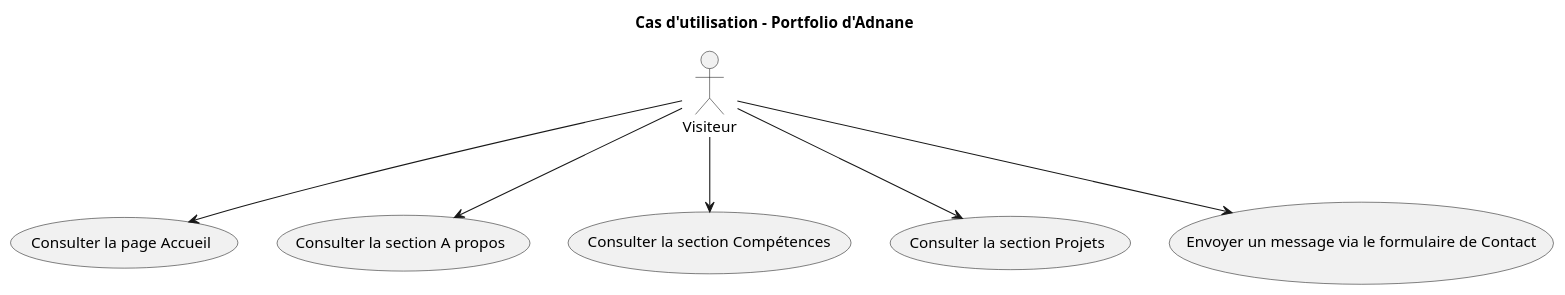
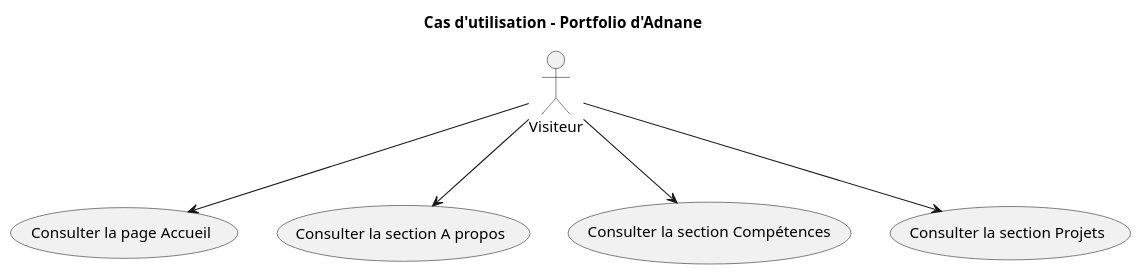
One commit to Adnane-x87/portfolio changed the diagram in diagramme.puml. Above: the diagram before and after it, drawn with PlantUML. The commit also changed 3 other files, not shown here.

```diff
--- a/diagramme.puml
+++ b/diagramme.puml
@@ -1,14 +1,12 @@
 @startuml
 title Cas d'utilisation - Portfolio d'Adnane
 ' Portfolio web développé avec Laravel pour présenter les compétences et projets d'Adnane
 
 actor Visiteur
 
 ' Cas d'utilisation principaux
 Visiteur --> (Consulter la page Accueil)
 Visiteur --> (Consulter la section A propos)
 Visiteur --> (Consulter la section Compétences)
 Visiteur --> (Consulter la section Projets)
-Visiteur --> (Envoyer un message via le formulaire de Contact)
-
 @enduml
```
